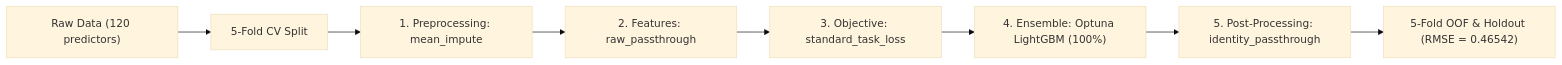
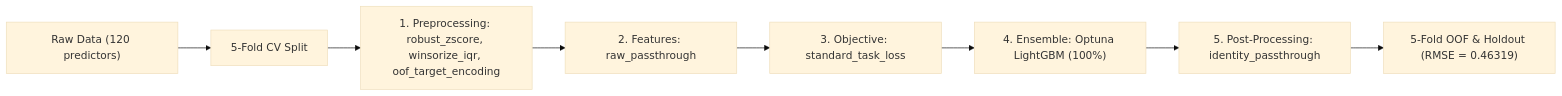
One commit to stefanoclss/UM-Game-Playing-Strength-of-MCTS-Variants changed the diagram in README.md. Above: the diagram before and after it, drawn with Mermaid (base theme). The commit also changed other lines of this file, not shown here.

First line of the commit message:
docs(readme): refresh verified OOF benchmark & build ledger (RMSE=0.46319)

````diff
--- a/README.md
+++ b/README.md
@@ -69,10 +70,10 @@
 ```mermaid
 flowchart LR
     DATA["Raw Data (120 predictors)"] --> SPLIT["5-Fold CV Split"]
-    SPLIT --> PRE["1. Preprocessing: mean_impute"]
+    SPLIT --> PRE["1. Preprocessing: robust_zscore, winsorize_iqr, oof_target_encoding"]
     PRE --> FEAT["2. Features: raw_passthrough"]
     FEAT --> OBJ["3. Objective: standard_task_loss"]
     OBJ --> M0["4. Ensemble: Optuna LightGBM (100%)"]
     M0 --> POST["5. Post-Processing: identity_passthrough"]
-    POST --> OUT["5-Fold OOF & Holdout (RMSE = 0.46542)"]
+    POST --> OUT["5-Fold OOF & Holdout (RMSE = 0.46319)"]
 ```
````
